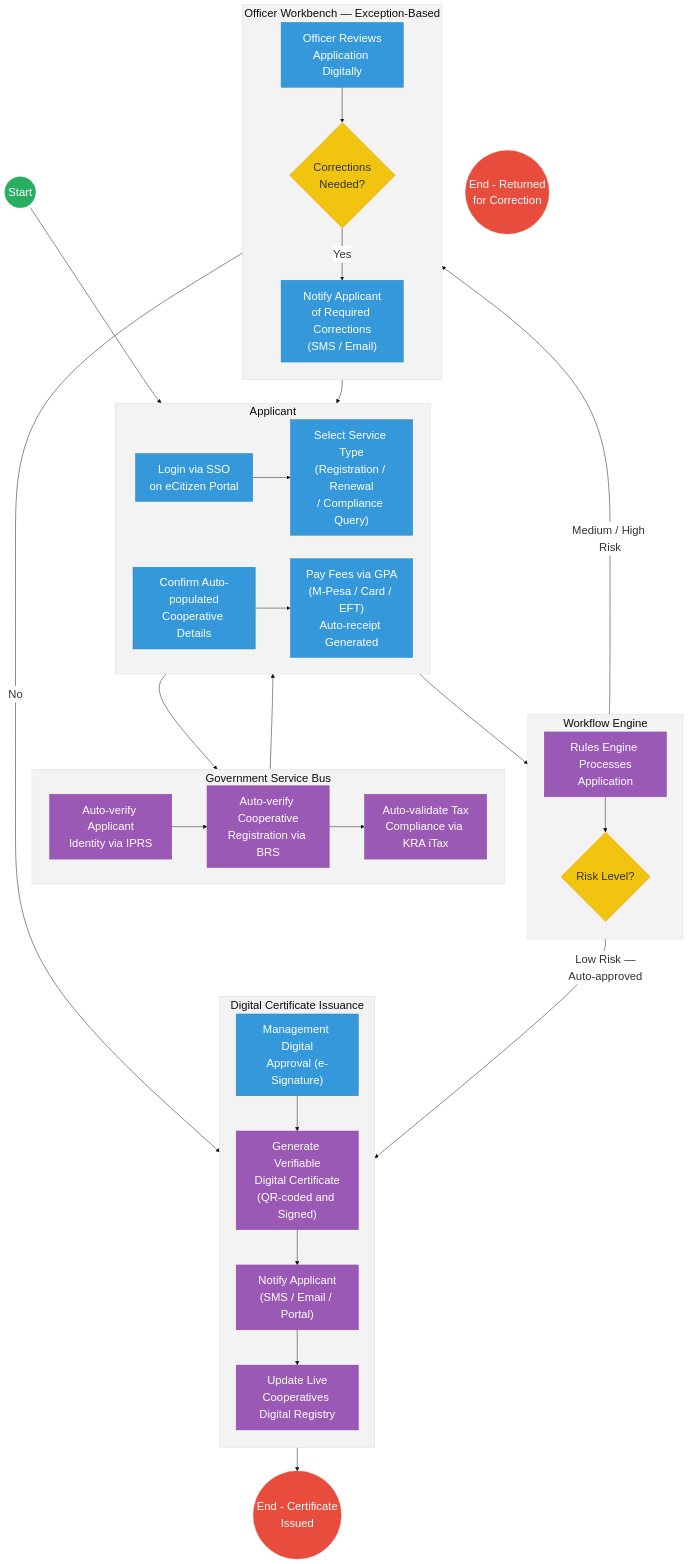
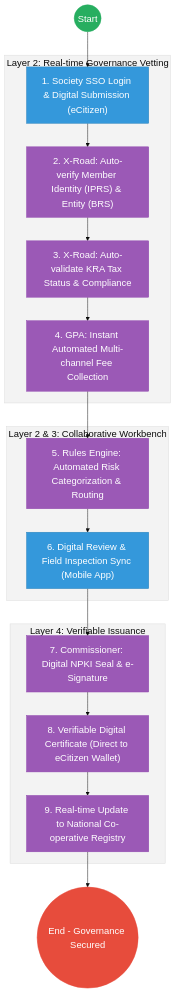
Before and after one commit to BITZ-IT-Consulting-LTD/ictapoc: the second of 2 diagrams in mdas/docs_final/priority_mdas/Cooperatives___Service_Delivery.md, drawn with Mermaid. The commit also changed other lines of this file and 37 other files, not shown here.

````diff
--- a/mdas/docs_final/priority_mdas/Cooperatives___Service_Delivery.md
+++ b/mdas/docs_final/priority_mdas/Cooperatives___Service_Delivery.md
@@ -114,78 +113,34 @@
 ```mermaid
-%%{init: { 'theme': 'base', 'themeVariables': { 'fontSize': '24px', 'fontFamily': 'Inter, system-ui, sans-serif', 'primaryColor': '#ffffff', 'edgeLabelBackground':'#ffffff', 'tertiaryColor': '#f3f3f3', 'mainBkg': '#ffffff', 'nodeBorder': '#333333' } } }%%
+%%{init: { 'theme': 'base', 'themeVariables': { 'fontSize': '20px', 'fontFamily': 'Inter, system-ui, sans-serif', 'primaryColor': '#ffffff', 'edgeLabelBackground':'#ffffff', 'tertiaryColor': '#f3f3f3', 'mainBkg': '#ffffff', 'nodeBorder': '#333333' } } }%%
 flowchart TD
-    Start((Start))
-    EndApprove(("End - Certificate\nIssued"))
-    EndReject(("End - Returned\nfor Correction"))
- 
-    subgraph Applicant ["Applicant"]
-        direction LR
-        Login["Login via SSO\non eCitizen Portal"]
-        SelectService["Select Service Type\n(Registration / Renewal\n/ Compliance Query)"]
-        ConfirmData["Confirm Auto-populated\nCooperative Details"]
-        MakePayment["Pay Fees via GPA\n(M-Pesa / Card / EFT)\nAuto-receipt Generated"]
+    Start((Start)) --> Portal["1. Society SSO Login & Digital Submission (eCitizen)"]
+    
+    subgraph Trust_Hub["Layer 2: Real-time Governance Vetting"]
+        Portal --> Verify["2. X-Road: Auto-verify Member Identity (IPRS) & Entity (BRS)"]
+        Verify --> Tax["3. X-Road: Auto-validate KRA Tax Status & Compliance"]
+        Tax --> Payment["4. GPA: Instant Automated Multi-channel Fee Collection"]
     end
- 
-    subgraph ServiceBus ["Government Service Bus"]
-        direction LR
-        ValIPRS["Auto-verify Applicant\nIdentity via IPRS"]
-        ValBRS["Auto-verify Cooperative\nRegistration via BRS"]
-        ValKRA["Auto-validate Tax\nCompliance via KRA iTax"]
+
+    subgraph Operations["Layer 2 & 3: Collaborative Workbench"]
+        Payment --> Logic["5. Rules Engine: Automated Risk Categorization & Routing"]
+        Logic --> Officer["6. Digital Review & Field Inspection Sync (Mobile App)"]
     end
- 
-    subgraph WorkflowEngine ["Workflow Engine"]
-        direction TB
-        RulesEngine["Rules Engine Processes\nApplication"]
-        RiskGateway{"Risk Level?"}
+
+    subgraph Settlement["Layer 4: Verifiable Issuance"]
+        Officer --> NPKI["7. Commissioner: Digital NPKI Seal & e-Signature"]
+        NPKI --> Output["8. Verifiable Digital Certificate (Direct to eCitizen Wallet)"]
+        Output --> Registry["9. Real-time Update to National Co-operative Registry"]
     end
- 
-    subgraph OfficerWorkbench ["Officer Workbench — Exception-Based"]
-        direction TB
-        OfficerReview["Officer Reviews\nApplication Digitally"]
-        CorrectionGateway{"Corrections\nNeeded?"}
-        NotifyCorrection["Notify Applicant\nof Required Corrections\n(SMS / Email)"]
-    end
- 
-    subgraph Issuance ["Digital Certificate Issuance"]
-        direction TB
-        MgmtApproval["Management Digital\nApproval (e-Signature)"]
-        GenCertificate["Generate Verifiable\nDigital Certificate\n(QR-coded and Signed)"]
-        NotifyApplicant["Notify Applicant\n(SMS / Email / Portal)"]
-        UpdateRegistry["Update Live\nCooperatives Digital Registry"]
-    end
- 
-    Start --> Login
-    Login --> SelectService
-    SelectService --> ValIPRS
-    ValIPRS --> ValBRS
-    ValBRS --> ValKRA
-    ValKRA --> ConfirmData
-    ConfirmData --> MakePayment
-    MakePayment --> RulesEngine
-    RulesEngine --> RiskGateway
- 
-    RiskGateway -- "Low Risk —\nAuto-approved" --> MgmtApproval
-    RiskGateway -- "Medium / High Risk" --> OfficerReview
- 
-    OfficerReview --> CorrectionGateway
-    CorrectionGateway -- "Yes" --> NotifyCorrection
-    NotifyCorrection --> Login
-    CorrectionGateway -- "No" --> MgmtApproval
- 
-    MgmtApproval --> GenCertificate
-    GenCertificate --> NotifyApplicant
-    NotifyApplicant --> UpdateRegistry
-    UpdateRegistry --> EndApprove
- 
-    classDef startEvent fill:#27ae60,stroke:#27ae60,color:#fff,font-size:24px;
-    classDef endEvent fill:#e74c3c,stroke:#e74c3c,color:#fff,font-size:24px;
-    classDef userTask fill:#3498db,stroke:#2980b9,color:#fff,font-size:24px;
-    classDef serviceTask fill:#9b59b6,stroke:#8e44ad,color:#fff,font-size:24px;
-    classDef gateway fill:#f1c40f,stroke:#f39c12,color:#333,font-size:24px;
- 
-    class Start startEvent;
-    class EndApprove,EndReject endEvent;
-    class RiskGateway,CorrectionGateway gateway;
-    class ValIPRS,ValBRS,ValKRA,RulesEngine,GenCertificate,NotifyApplicant,UpdateRegistry serviceTask;
-    class Login,SelectService,ConfirmData,MakePayment,OfficerReview,NotifyCorrection,MgmtApproval userTask;
+
+    Registry --> EndProcess(("End - Governance Secured"))
+
+    classDef start fill:#27ae60,stroke:#27ae60,color:#fff,font-size:20px;;
+    classDef endNode fill:#e74c3c,stroke:#e74c3c,color:#fff,font-size:20px;;
+    classDef userTask fill:#3498db,stroke:#2980b9,color:#fff,font-size:20px;;
+    classDef serviceTask fill:#9b59b6,stroke:#8e44ad,color:#fff,font-size:20px;;
+    
+    class Start start;
+    class EndProcess endNode;
+    class Portal,Officer userTask;
+    class Verify,Tax,Payment,Logic,NPKI,Output,Registry serviceTask;
 ```
````
